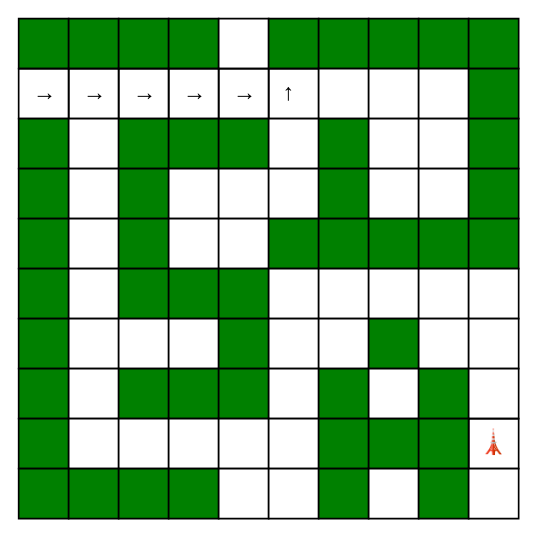
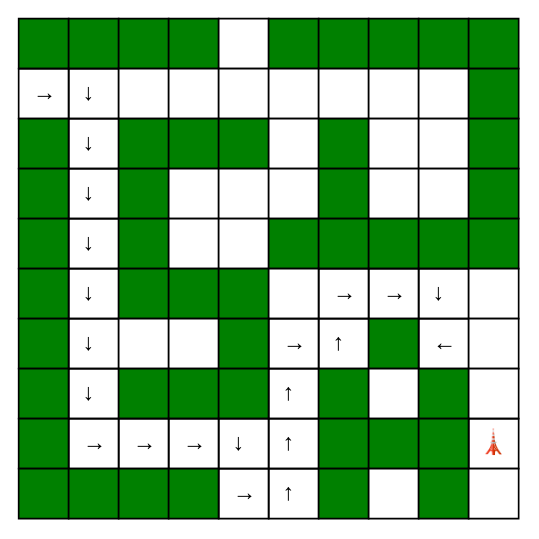
Before and after one commit to Changyue-Tan/COMP9024: the diagram in tut/week10/images/HtmlMaze_0045.dot, drawn with Graphviz. The commit also changed 342 other files, not shown here.

```diff
--- a/tut/week10/images/HtmlMaze_0045.dot
+++ b/tut/week10/images/HtmlMaze_0045.dot
@@ -1,126 +1,126 @@
 digraph maze { 
 Maze [shape=none, margin=0, label=< 
 <table border="0" cellborder="1" cellspacing="0" cellpadding="0"> 
 <tr> 
 <td width="30" height="30" bgcolor="green"></td> 
 <td width="30" height="30" bgcolor="green"></td> 
 <td width="30" height="30" bgcolor="green"></td> 
 <td width="30" height="30" bgcolor="green"></td> 
 <td width="30" height="30" bgcolor="white"></td> 
 <td width="30" height="30" bgcolor="green"></td> 
 <td width="30" height="30" bgcolor="green"></td> 
 <td width="30" height="30" bgcolor="green"></td> 
 <td width="30" height="30" bgcolor="green"></td> 
 <td width="30" height="30" bgcolor="green"></td> 
 </tr> 
 <tr> 
 <td width="30" height="30">&#x2192;</td> 
-<td width="30" height="30">&#x2192;</td> 
-<td width="30" height="30">&#x2192;</td> 
-<td width="30" height="30">&#x2192;</td> 
-<td width="30" height="30">&#x2192;</td> 
-<td width="30" height="30">&#x2191;</td> 
+<td width="30" height="30">&#x2193;</td> 
+<td width="30" height="30" bgcolor="white"></td> 
+<td width="30" height="30" bgcolor="white"></td> 
+<td width="30" height="30" bgcolor="white"></td> 
+<td width="30" height="30" bgcolor="white"></td> 
 <td width="30" height="30" bgcolor="white"></td> 
 <td width="30" height="30" bgcolor="white"></td> 
 <td width="30" height="30" bgcolor="white"></td> 
 <td width="30" height="30" bgcolor="green"></td> 
 </tr> 
 <tr> 
 <td width="30" height="30" bgcolor="green"></td> 
-<td width="30" height="30" bgcolor="white"></td> 
+<td width="30" height="30">&#x2193;</td> 
 <td width="30" height="30" bgcolor="green"></td> 
 <td width="30" height="30" bgcolor="green"></td> 
 <td width="30" height="30" bgcolor="green"></td> 
 <td width="30" height="30" bgcolor="white"></td> 
 <td width="30" height="30" bgcolor="green"></td> 
 <td width="30" height="30" bgcolor="white"></td> 
 <td width="30" height="30" bgcolor="white"></td> 
 <td width="30" height="30" bgcolor="green"></td> 
 </tr> 
 <tr> 
 <td width="30" height="30" bgcolor="green"></td> 
-<td width="30" height="30" bgcolor="white"></td> 
+<td width="30" height="30">&#x2193;</td> 
 <td width="30" height="30" bgcolor="green"></td> 
 <td width="30" height="30" bgcolor="white"></td> 
 <td width="30" height="30" bgcolor="white"></td> 
 <td width="30" height="30" bgcolor="white"></td> 
 <td width="30" height="30" bgcolor="green"></td> 
 <td width="30" height="30" bgcolor="white"></td> 
 <td width="30" height="30" bgcolor="white"></td> 
 <td width="30" height="30" bgcolor="green"></td> 
 </tr> 
 <tr> 
 <td width="30" height="30" bgcolor="green"></td> 
-<td width="30" height="30" bgcolor="white"></td> 
+<td width="30" height="30">&#x2193;</td> 
 <td width="30" height="30" bgcolor="green"></td> 
 <td width="30" height="30" bgcolor="white"></td> 
 <td width="30" height="30" bgcolor="white"></td> 
 <td width="30" height="30" bgcolor="green"></td> 
 <td width="30" height="30" bgcolor="green"></td> 
 <td width="30" height="30" bgcolor="green"></td> 
 <td width="30" height="30" bgcolor="green"></td> 
 <td width="30" height="30" bgcolor="green"></td> 
 </tr> 
 <tr> 
 <td width="30" height="30" bgcolor="green"></td> 
-<td width="30" height="30" bgcolor="white"></td> 
+<td width="30" height="30">&#x2193;</td> 
 <td width="30" height="30" bgcolor="green"></td> 
 <td width="30" height="30" bgcolor="green"></td> 
 <td width="30" height="30" bgcolor="green"></td> 
 <td width="30" height="30" bgcolor="white"></td> 
-<td width="30" height="30" bgcolor="white"></td> 
-<td width="30" height="30" bgcolor="white"></td> 
-<td width="30" height="30" bgcolor="white"></td> 
+<td width="30" height="30">&#x2192;</td> 
+<td width="30" height="30">&#x2192;</td> 
+<td width="30" height="30">&#x2193;</td> 
 <td width="30" height="30" bgcolor="white"></td> 
 </tr> 
 <tr> 
 <td width="30" height="30" bgcolor="green"></td> 
-<td width="30" height="30" bgcolor="white"></td> 
+<td width="30" height="30">&#x2193;</td> 
 <td width="30" height="30" bgcolor="white"></td> 
 <td width="30" height="30" bgcolor="white"></td> 
 <td width="30" height="30" bgcolor="green"></td> 
-<td width="30" height="30" bgcolor="white"></td> 
-<td width="30" height="30" bgcolor="white"></td> 
+<td width="30" height="30">&#x2192;</td> 
+<td width="30" height="30">&#x2191;</td> 
 <td width="30" height="30" bgcolor="green"></td> 
-<td width="30" height="30" bgcolor="white"></td> 
+<td width="30" height="30">&#x2190;</td> 
 <td width="30" height="30" bgcolor="white"></td> 
 </tr> 
 <tr> 
 <td width="30" height="30" bgcolor="green"></td> 
-<td width="30" height="30" bgcolor="white"></td> 
+<td width="30" height="30">&#x2193;</td> 
 <td width="30" height="30" bgcolor="green"></td> 
 <td width="30" height="30" bgcolor="green"></td> 
 <td width="30" height="30" bgcolor="green"></td> 
-<td width="30" height="30" bgcolor="white"></td> 
+<td width="30" height="30">&#x2191;</td> 
 <td width="30" height="30" bgcolor="green"></td> 
 <td width="30" height="30" bgcolor="white"></td> 
 <td width="30" height="30" bgcolor="green"></td> 
 <td width="30" height="30" bgcolor="white"></td> 
 </tr> 
 <tr> 
 <td width="30" height="30" bgcolor="green"></td> 
-<td width="30" height="30" bgcolor="white"></td> 
-<td width="30" height="30" bgcolor="white"></td> 
-<td width="30" height="30" bgcolor="white"></td> 
-<td width="30" height="30" bgcolor="white"></td> 
-<td width="30" height="30" bgcolor="white"></td> 
+<td width="30" height="30">&#x2192;</td> 
+<td width="30" height="30">&#x2192;</td> 
+<td width="30" height="30">&#x2192;</td> 
+<td width="30" height="30">&#x2193;</td> 
+<td width="30" height="30">&#x2191;</td> 
 <td width="30" height="30" bgcolor="green"></td> 
 <td width="30" height="30" bgcolor="green"></td> 
 <td width="30" height="30" bgcolor="green"></td> 
 <td width="30" height="30">&#128508;</td> 
 </tr> 
 <tr> 
 <td width="30" height="30" bgcolor="green"></td> 
 <td width="30" height="30" bgcolor="green"></td> 
 <td width="30" height="30" bgcolor="green"></td> 
 <td width="30" height="30" bgcolor="green"></td> 
-<td width="30" height="30" bgcolor="white"></td> 
-<td width="30" height="30" bgcolor="white"></td> 
+<td width="30" height="30">&#x2192;</td> 
+<td width="30" height="30">&#x2191;</td> 
 <td width="30" height="30" bgcolor="green"></td> 
 <td width="30" height="30" bgcolor="white"></td> 
 <td width="30" height="30" bgcolor="green"></td> 
 <td width="30" height="30" bgcolor="white"></td> 
 </tr> 
 </table> 
   >]; 
 } 
```
